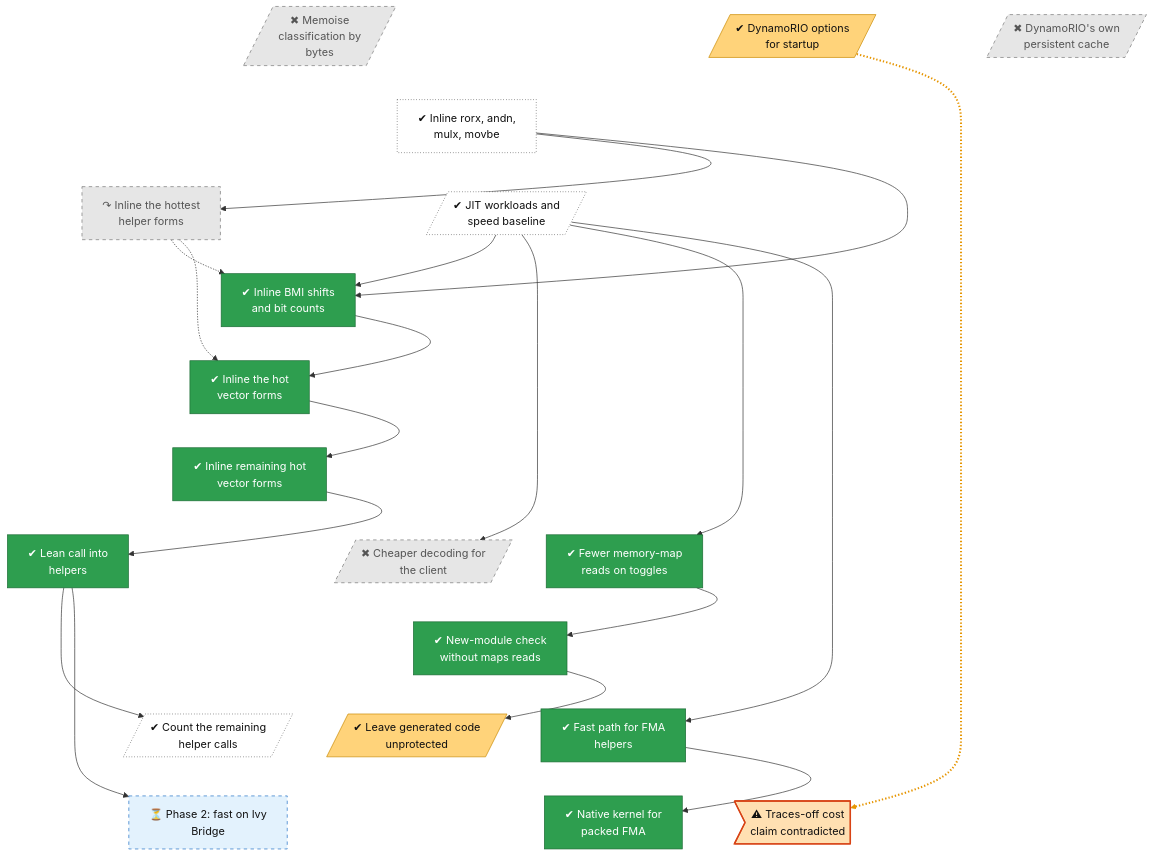
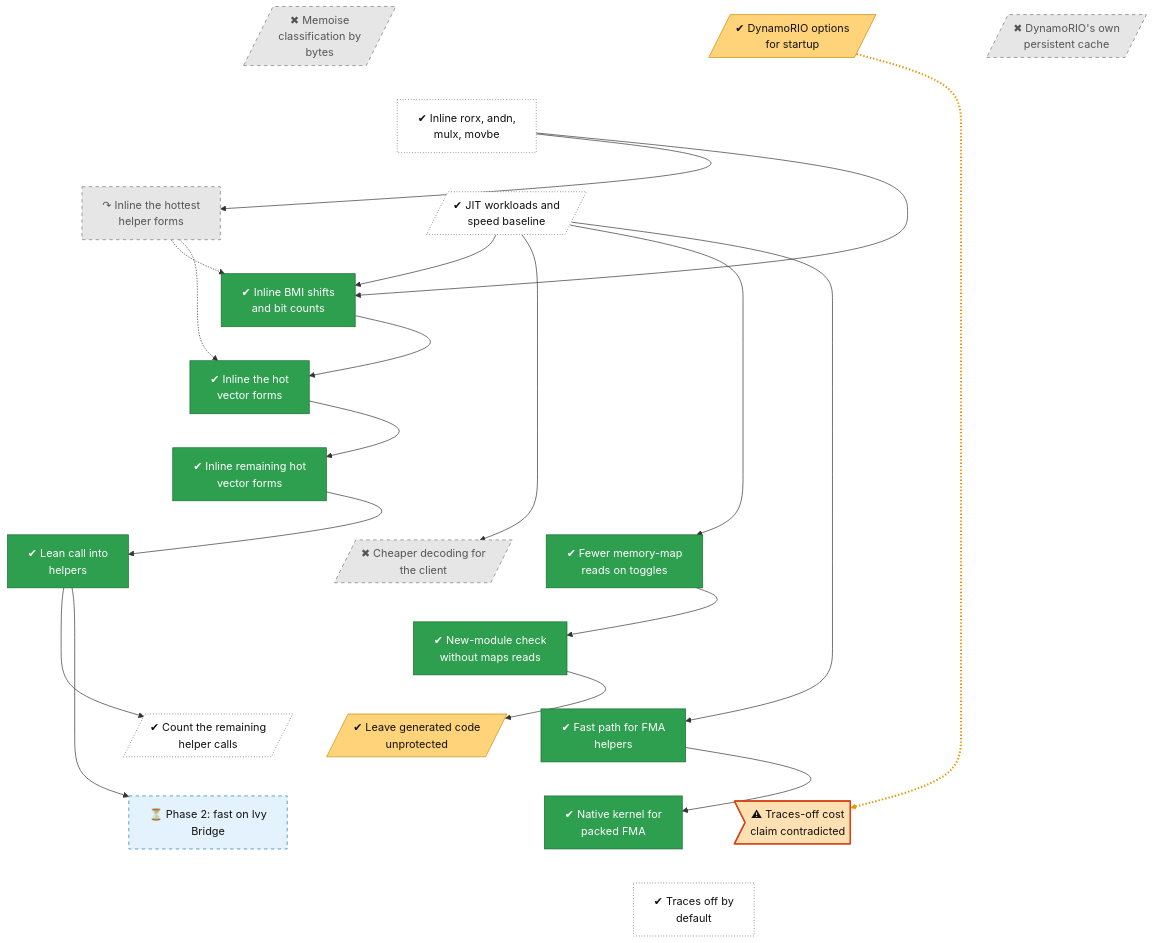
Before and after one commit to lhns/v3compat: the diagram in docs/roadmap/tracks/perf.md, drawn with Mermaid. The commit also changed other lines of this file and 14 other files, not shown here.

First line of the commit message:
Traces off by default; canary drops the cache; roadmap (#96)

```diff
--- a/docs/roadmap/tracks/perf.md
+++ b/docs/roadmap/tracks/perf.md
@@ -28,6 +28,7 @@
     perf_fma_packed["✔ Native kernel for<br/>packed FMA"]
     perf_traces_claim>"⚠ Traces-off cost<br/>claim contradicted"]
     perf_phase2_gate["⏳ Phase 2: fast on Ivy<br/>Bridge"]
+    perf_traces_off["✔ Traces off by<br/>default"]
     perf_startup_options ~~~ perf_inline_bmi
     perf_memo_classify ~~~ perf_inline_bmi
     perf_persist ~~~ perf_inline_bmi
@@ -49,6 +50,9 @@
     perf_protect_mask ~~~ perf_fma_packed
     perf_fma_scalar ~~~ perf_traces_claim
     perf_helper_count ~~~ perf_phase2_gate
+    perf_fma_packed ~~~ perf_traces_off
+    perf_traces_claim ~~~ perf_traces_off
+    perf_phase2_gate ~~~ perf_traces_off
     perf_startup_options -.-> perf_traces_claim
     perf_inline_bmi --> perf_speed_inline
     perf_speed_inline -.-> perf_inline_scalar
@@ -66,7 +70,7 @@
     perf_lean_call --> perf_helper_count
     perf_fma_scalar --> perf_fma_packed
     perf_lean_call --> perf_phase2_gate
-    linkStyle 21 stroke:#e69500,stroke-width:3px,stroke-dasharray:2 3
+    linkStyle 24 stroke:#e69500,stroke-width:3px,stroke-dasharray:2 3
     classDef vsucc fill:#2e9e4f,stroke:#1b6b34,color:#fff
     classDef succ fill:#bfe8c8,stroke:#2e9e4f,color:#111
     classDef mixed fill:#ffd37a,stroke:#c98a00,color:#111
@@ -83,7 +87,7 @@
     classDef waiting fill:#e3f2fd,stroke:#1f6fc5,stroke-dasharray:5 5,color:#111
     class perf_startup_options,perf_protect_mask mixed
     class perf_memo_classify,perf_persist,perf_speed_inline,perf_fast_decode dead
-    class perf_inline_bmi,perf_baseline,perf_helper_count unrated
+    class perf_inline_bmi,perf_baseline,perf_helper_count,perf_traces_off unrated
     class perf_inline_scalar,perf_inline_vec,perf_inline_xmm,perf_lean_call,perf_gencode_prot,perf_procmap,perf_fma_scalar,perf_fma_packed vsucc
     class perf_traces_claim finding
     class perf_phase2_gate waiting
```
